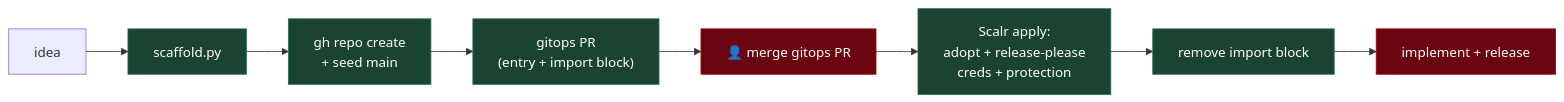
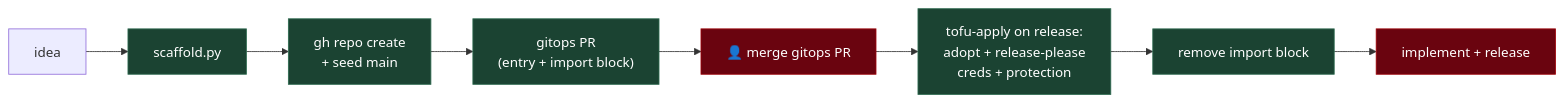
One commit to laurigates/claude-plugins changed the diagram in foundryvtt-plugin/skills/foundryvtt-module/SKILL.md. Above: the diagram before and after it, drawn with Mermaid. The commit also changed other lines of this file and 5 other files, not shown here.

First line of the commit message:
docs: replace Scalr references with the tofu-in-GitHub-Actions gitops flow

````diff
--- a/foundryvtt-plugin/skills/foundryvtt-module/SKILL.md
+++ b/foundryvtt-plugin/skills/foundryvtt-module/SKILL.md
@@ -36,9 +36,9 @@
 ```mermaid
 flowchart LR
   idea["idea"] --> sc["scaffold.py"] --> gh["gh repo create<br/>+ seed main"] --> gop["gitops PR<br/>(entry + import block)"]
-  gop --> gate["👤 merge gitops PR"] --> apply["Scalr apply:<br/>adopt + release-please<br/>creds + protection"] --> rm["remove import block"] --> impl["implement + release"]
+  gop --> gate["👤 merge gitops PR"] --> apply["tofu-apply on release:<br/>adopt + release-please<br/>creds + protection"] --> rm["remove import block"] --> impl["implement + release"]
   classDef g fill:#1b4332,stroke:#2d6a4f,color:#fff
   classDef m fill:#6a040f,stroke:#9d0208,color:#fff
   class sc,gh,gop,apply,rm g
   class gate,impl m
 ```
````
